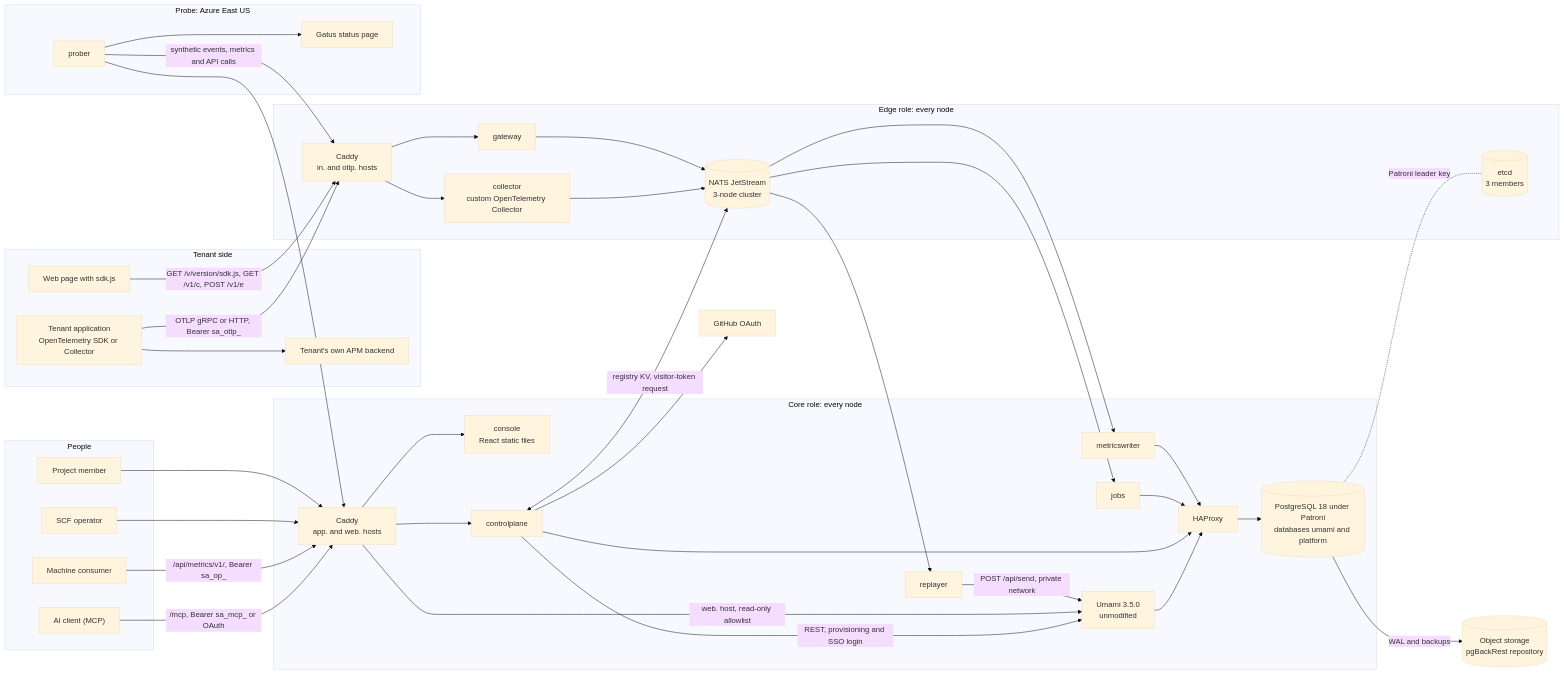
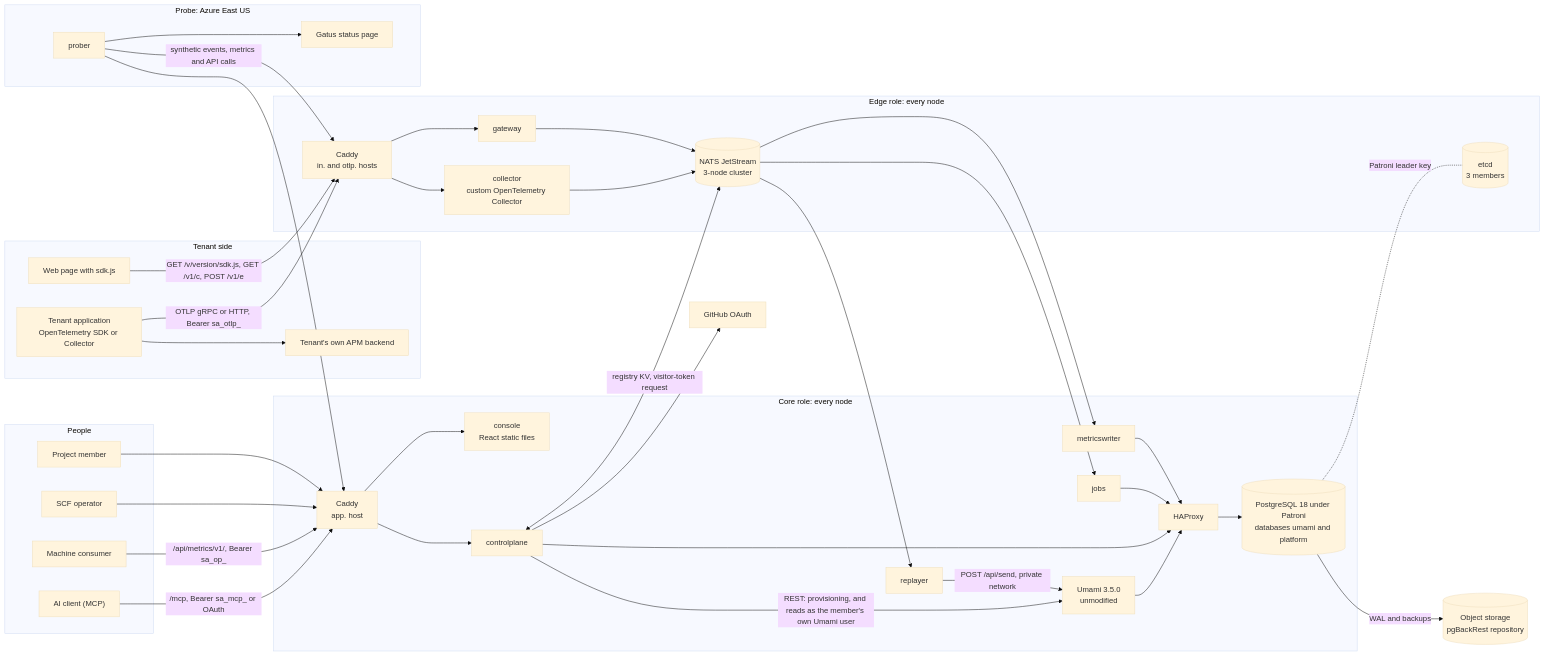
Before and after one commit to justmert/veristar: the first of 5 diagrams in docs/architecture.md, drawn with Mermaid (base theme). The commit also changed other lines of this file and 24 other files, not shown here.

````diff
--- a/docs/architecture.md
+++ b/docs/architecture.md
@@ -15,73 +15,72 @@
 ```mermaid
 flowchart LR
   subgraph tenant["Tenant side"]
     page["Web page with sdk.js"]
     app["Tenant application<br/>OpenTelemetry SDK or Collector"]
     apm["Tenant's own APM backend"]
   end
   subgraph users["People"]
     member["Project member"]
     op["SCF operator"]
     machine["Machine consumer"]
     ai["AI client (MCP)"]
   end
 
   subgraph edge["Edge role: every node"]
     ecaddy["Caddy<br/>in. and otlp. hosts"]
     gw["gateway"]
     col["collector<br/>custom OpenTelemetry Collector"]
     nats[("NATS JetStream<br/>3-node cluster")]
     etcd[("etcd<br/>3 members")]
   end
 
   subgraph core["Core role: every node"]
-    ccaddy["Caddy<br/>app. and web. hosts"]
+    ccaddy["Caddy<br/>app. host"]
     console["console<br/>React static files"]
     cp["controlplane"]
     umami["Umami 3.5.0<br/>unmodified"]
     rep["replayer"]
     mw["metricswriter"]
     jobs["jobs"]
     hap["HAProxy"]
     pg[("PostgreSQL 18 under Patroni<br/>databases umami and platform")]
   end
 
   backup[("Object storage<br/>pgBackRest repository")]
   subgraph probe["Probe: Azure East US"]
     prober["prober"]
     gatus["Gatus status page"]
   end
   github["GitHub OAuth"]
 
   page -- "GET /v/version/sdk.js, GET /v1/c, POST /v1/e" --> ecaddy
   app -- "OTLP gRPC or HTTP, Bearer sa_otlp_" --> ecaddy
   app --> apm
   ecaddy --> gw
   ecaddy --> col
   gw --> nats
   col --> nats
   nats --> rep
   nats --> mw
   nats --> jobs
   rep -- "POST /api/send, private network" --> umami
   mw --> hap
   jobs --> hap
   cp --> hap
   umami --> hap
   hap --> pg
   pg -. "Patroni leader key" .- etcd
   pg -- "WAL and backups" --> backup
   member --> ccaddy
   op --> ccaddy
   machine -- "/api/metrics/v1/, Bearer sa_op_" --> ccaddy
   ai -- "/mcp, Bearer sa_mcp_ or OAuth" --> ccaddy
   ccaddy --> console
   ccaddy --> cp
-  ccaddy -- "web. host, read-only allowlist" --> umami
-  cp -- "REST, provisioning and SSO login" --> umami
+  cp -- "REST: provisioning, and reads as the member's own Umami user" --> umami
   cp <-- "registry KV, visitor-token request" --> nats
   cp --> github
   prober -- "synthetic events, metrics and API calls" --> ecaddy
   prober --> ccaddy
   prober --> gatus
 ```
````
